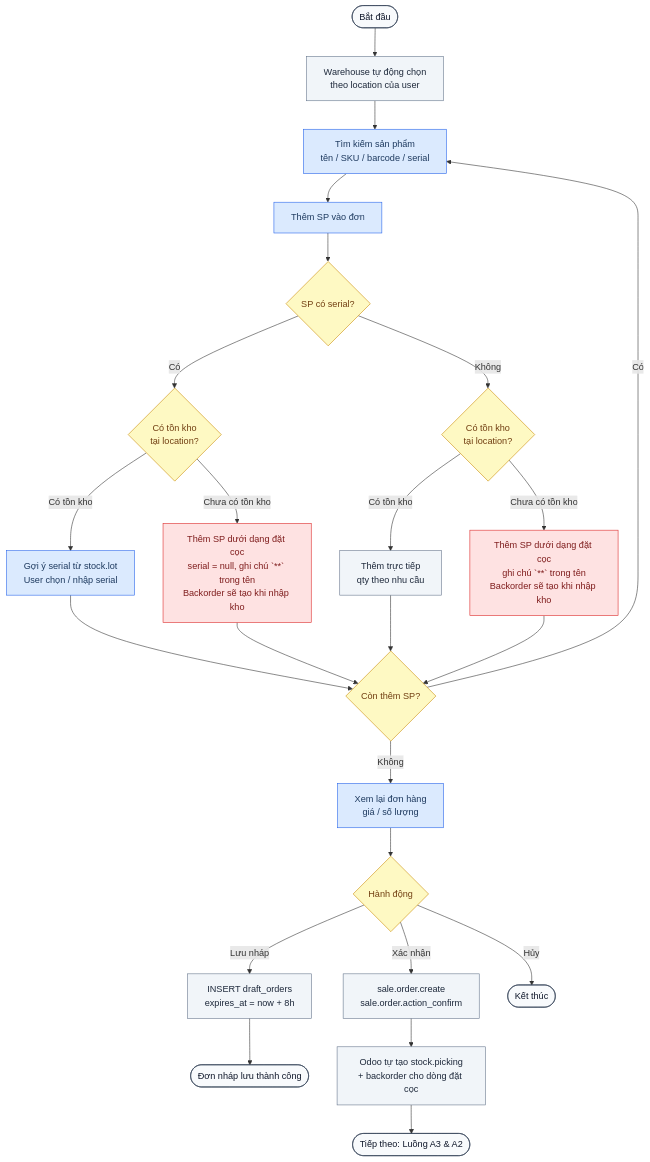
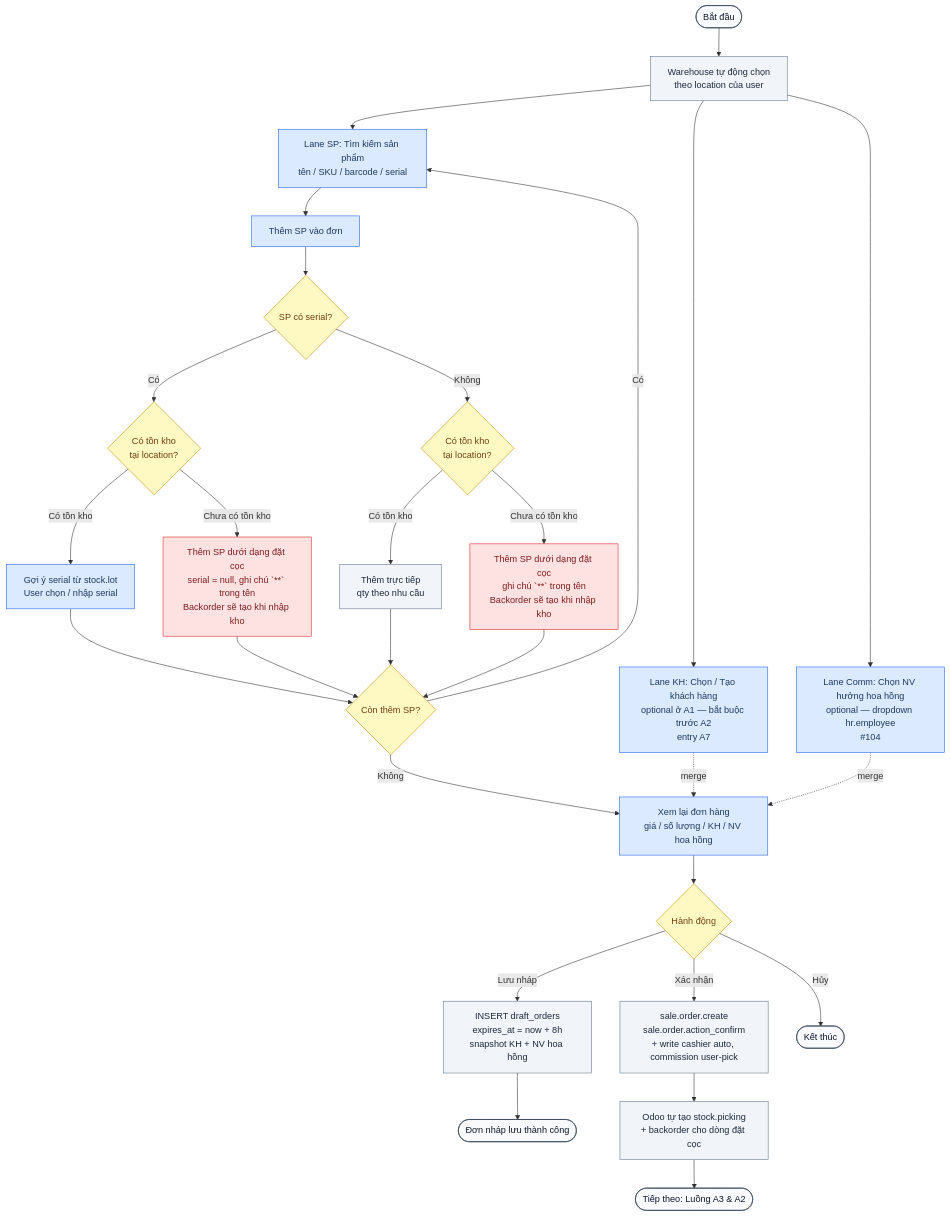
The first of 19 diagrams in process_flow.md (ngohuuduc/VJ_mobile_POS), drawn with Mermaid before and after one commit. The commit also changed other lines of this file and 1 other file, not shown here.

Commit message:
update 1 số ticket

````diff
--- a/process_flow.md
+++ b/process_flow.md
@@ -76,36 +77,51 @@
 ```mermaid
 flowchart TD
     classDef user fill:#DBEAFE,stroke:#2563EB,color:#1e3a5f
     classDef system fill:#F1F5F9,stroke:#64748B,color:#1e293b
     classDef accountant fill:#CCFBF1,stroke:#0D9488,color:#134E4A
     classDef decision fill:#FEF9C3,stroke:#CA8A04,color:#713f12
     classDef terminal fill:#F8FAFC,stroke:#334155,color:#0f172a
     classDef warning fill:#FEE2E2,stroke:#DC2626,color:#7f1d1d
 
     A([Bắt đầu]):::terminal --> B[Warehouse tự động chọn\ntheo location của user]:::system
-    B --> C[Tìm kiếm sản phẩm\ntên / SKU / barcode / serial]:::user
+
+    %% Sau B, 3 lane chạy SONG SONG (cashier có thể đan xen tự do):
+    %%   - Lane KH:    Chọn/tạo khách hàng (optional ở A1, bắt buộc trước A2)
+    %%   - Lane Comm:  Chọn nhân viên hưởng hoa hồng (optional, per #104)
+    %%   - Lane SP:    Tìm + thêm sản phẩm (vòng lặp)
+    %% Cả 3 hội tụ tại I (review). Không có dependency thứ tự giữa các lane.
+
+    B --> CUS1[Lane KH: Chọn / Tạo khách hàng\noptional ở A1 — bắt buộc trước A2\nentry A7]:::user
+    B --> COMM1[Lane Comm: Chọn NV hưởng hoa hồng\noptional — dropdown hr.employee\n#104]:::user
+    B --> C[Lane SP: Tìm kiếm sản phẩm\ntên / SKU / barcode / serial]:::user
+
     C --> D[Thêm SP vào đơn]:::user
     D --> E{SP có serial?}:::decision
 
     E -- Có --> F{Có tồn kho\ntại location?}:::decision
     F -- Có tồn kho --> F1[Gợi ý serial từ stock.lot\nUser chọn / nhập serial]:::user
     F -- Chưa có tồn kho --> F2[Thêm SP dưới dạng đặt cọc\nserial = null, ghi chú `**` trong tên\nBackorder sẽ tạo khi nhập kho]:::warning
 
     E -- Không --> G{Có tồn kho\ntại location?}:::decision
     G -- Có tồn kho --> G1[Thêm trực tiếp\nqty theo nhu cầu]:::system
     G -- Chưa có tồn kho --> G2[Thêm SP dưới dạng đặt cọc\nghi chú `**` trong tên\nBackorder sẽ tạo khi nhập kho]:::warning
 
     F1 --> H{Còn thêm SP?}:::decision
     F2 --> H
     G1 --> H
     G2 --> H
     H -- Có --> C
-    H -- Không --> I[Xem lại đơn hàng\ngiá / số lượng]:::user
+    H -- Không --> I[Xem lại đơn hàng\ngiá / số lượng / KH / NV hoa hồng]:::user
+
+    %% 3 lane hội tụ tại I — KH lane + Comm lane đi thẳng vào I sau khi user thao tác xong
+    CUS1 -.merge.-> I
+    COMM1 -.merge.-> I
+
     I --> J{Hành động}:::decision
-    J -- Lưu nháp --> K[INSERT draft_orders\nexpires_at = now + 8h]:::system
+    J -- Lưu nháp --> K[INSERT draft_orders\nexpires_at = now + 8h\nsnapshot KH + NV hoa hồng]:::system
     K --> L([Đơn nháp lưu thành công]):::terminal
-    J -- Xác nhận --> M[sale.order.create\nsale.order.action_confirm]:::system
+    J -- Xác nhận --> M[sale.order.create\nsale.order.action_confirm\n+ write cashier auto, commission user-pick]:::system
     M --> N[Odoo tự tạo stock.picking\n+ backorder cho dòng đặt cọc]:::system
     N --> O([Tiếp theo: Luồng A3 & A2]):::terminal
     J -- Hủy --> P([Kết thúc]):::terminal
 ```
````
